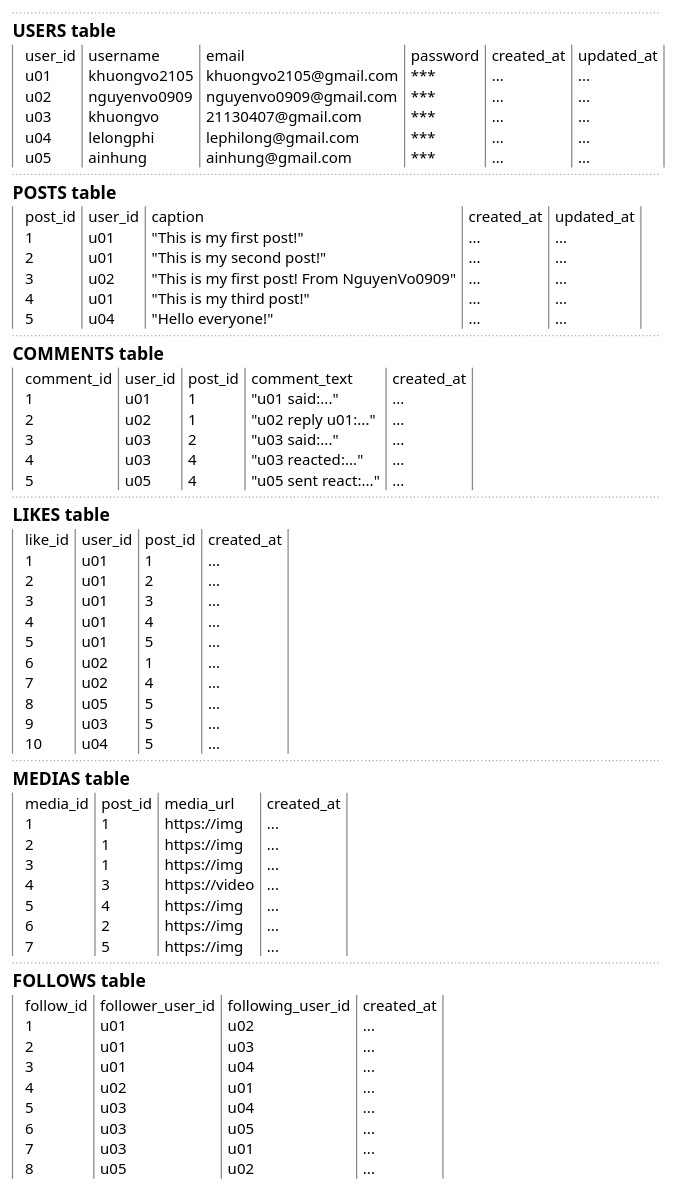
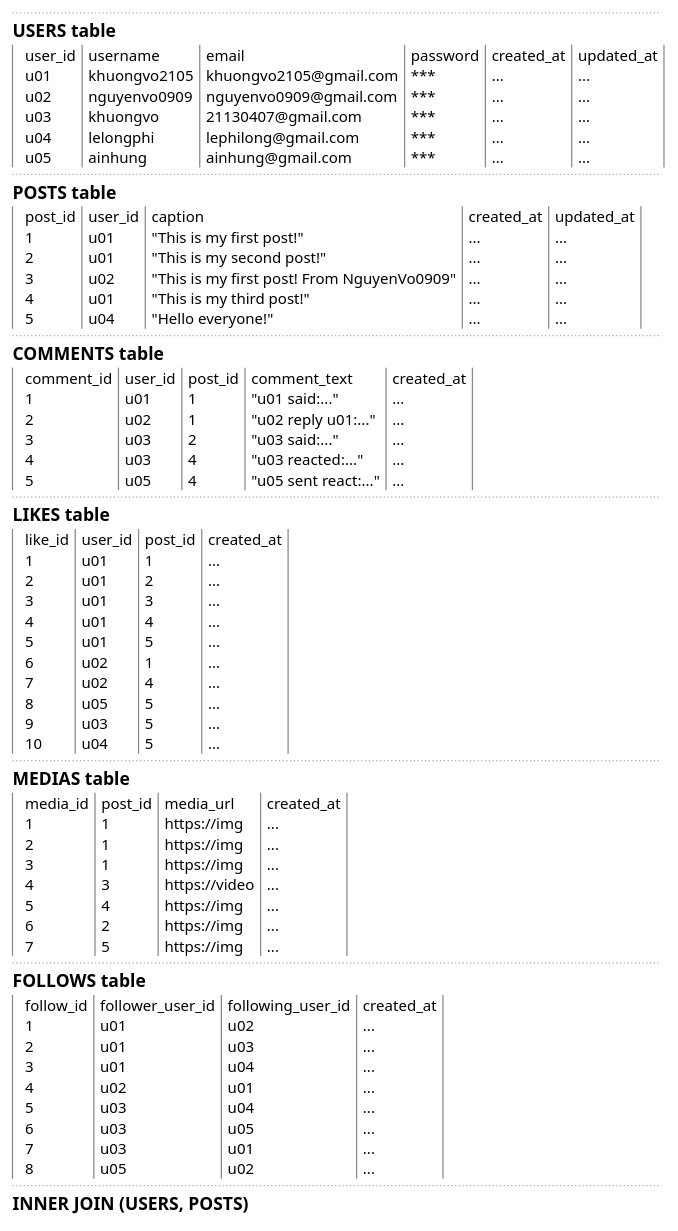
One commit to KhuongVo2105/Chat_Application changed the diagram in Prototypes/data_e.g.plantuml. Above: the diagram before and after it, drawn with PlantUML. The commit also changed 2 other files, not shown here.

Commit message:
update ERD

```diff
--- a/Prototypes/data_e.g.plantuml
+++ b/Prototypes/data_e.g.plantuml
@@ -1,75 +1,81 @@
 @startsalt
 {
     ..
     == USERS table
     {T!
         + user_id | username | email | password | created_at | updated_at
         + u01 | khuongvo2105 | khuongvo2105@gmail.com | *** | ... | ...
         + u02 | nguyenvo0909 | nguyenvo0909@gmail.com | *** | ... | ...
         + u03 | khuongvo | 21130407@gmail.com | *** | ... | ...
         + u04 | lelongphi | lephilong@gmail.com | *** | ... | ...
         + u05 | ainhung | ainhung@gmail.com | *** | ... | ...
     }
     ..
     == POSTS table
     {T!
         + post_id | user_id | caption | created_at | updated_at
         + 1 | u01 | "This is my first post!" | ... | ...
         + 2 | u01 | "This is my second post!" | ... | ...
         + 3 | u02 | "This is my first post! From NguyenVo0909" | ... | ...
         + 4 | u01 | "This is my third post!" | ... | ...
         + 5 | u04 | "Hello everyone!" | ... | ...
     }
     ..
     == COMMENTS table
     {T!
         + comment_id | user_id | post_id | comment_text | created_at
         + 1 | u01 | 1 | "u01 said:..." | ...
         + 2 | u02 | 1 | "u02 reply u01:..." | ...
         + 3 | u03 | 2 | "u03 said:..." | ...
         + 4 | u03 | 4 | "u03 reacted:..." | ...
         + 5 | u05 | 4 | "u05 sent react:..." | ...
     }
 
     ..
     == LIKES table
     {T!
         + like_id | user_id | post_id | created_at
         + 1 | u01 | 1 | ...
         + 2 | u01 | 2 | ...
         + 3 | u01 | 3 | ...
         + 4 | u01 | 4 | ...
         + 5 | u01 | 5 | ...
         + 6 | u02 | 1 | ...
         + 7 | u02 | 4 | ...
         + 8 | u05 | 5 | ...
         + 9 | u03 | 5 | ...
         + 10 | u04 | 5 | ...
     }
     ..
     == MEDIAS table
     {T!
         + media_id | post_id | media_url | created_at
         + 1 | 1 | https://img | ...
         + 2 | 1 | https://img | ...
         + 3 | 1 | https://img | ...
         + 4 | 3 | https://video | ...
         + 5 | 4 | https://img | ...
         + 6 | 2 | https://img | ...
         + 7 | 5 | https://img | ...
     }
     ..
     == FOLLOWS table
    {T!
         + follow_id | follower_user_id | following_user_id | created_at
         + 1 | u01 | u02 | ...
         + 2 | u01 | u03 | ...
         + 3 | u01 | u04 | ...
         + 4 | u02 | u01 | ...
         + 5 | u03 | u04 | ...
         + 6 | u03 | u05 | ...
         + 7 | u03 | u01 | ...
         + 8 | u05 | u02 | ...
-   } 
+   }
+    ..
+    == INNER JOIN (USERS, POSTS)
+    {
+        T!
+         
+    }
 }
 @endsalt
```
